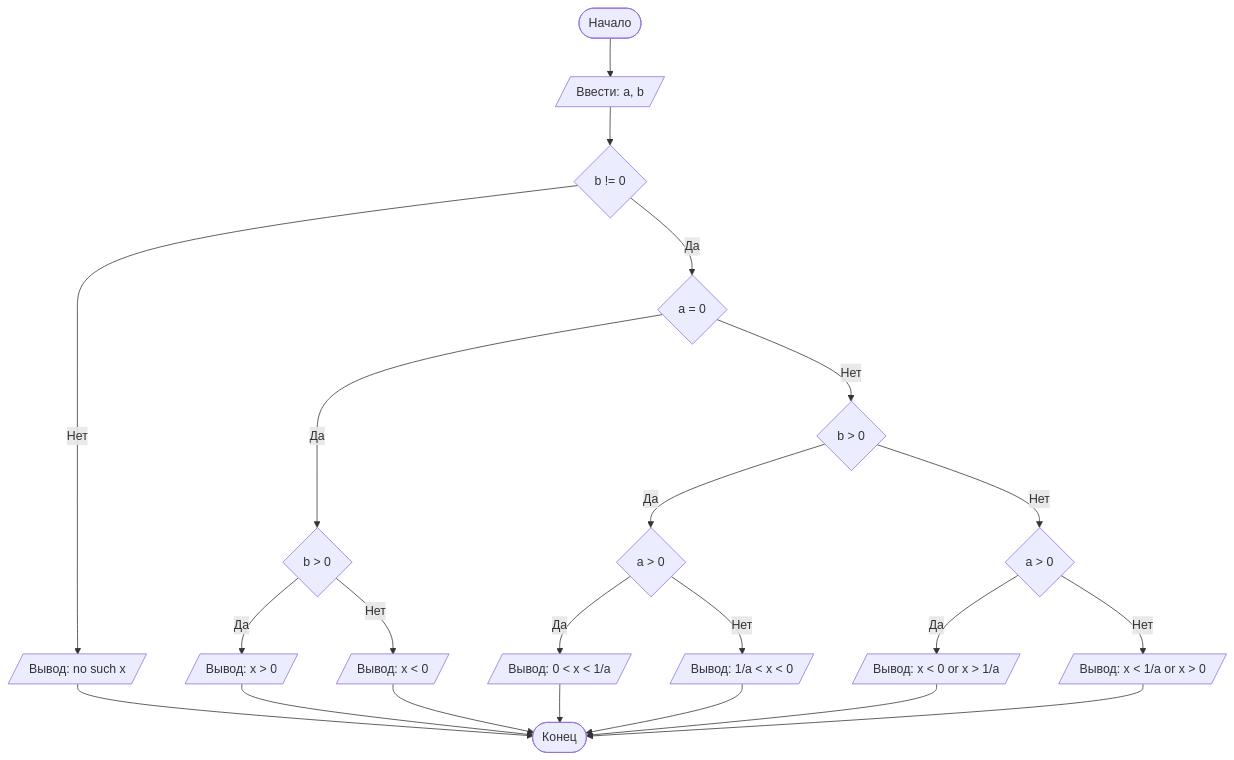
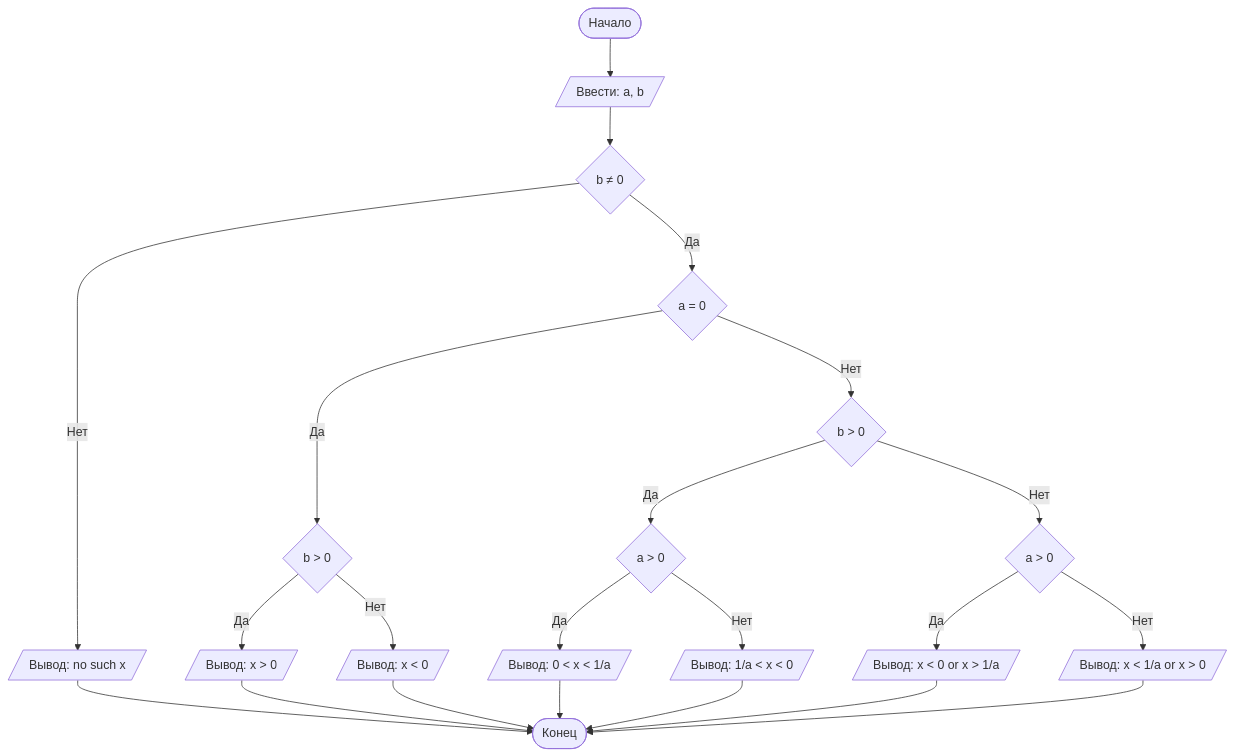
Before and after one commit to Noir-kun/Laboratory1: the diagram in README.md, drawn with Mermaid. The commit also changed other lines of this file, not shown here.

````diff
--- a/README.md
+++ b/README.md
@@ -80,25 +80,25 @@
 ```mermaid
 graph TD
     A([Начало]) --> B[/Ввести: a, b/]
-    B --> C{b != 0}
+    B --> C{b ≠ 0}
     C -- Нет --> E[/Вывод: no such x/]
     C -- Да --> I{a = 0}
     I -- Нет --> J{b > 0}
     I -- Да --> K{b > 0}
     J -- Да --> N{a > 0}
     J -- Нет --> T{a > 0}
     K -- Да --> L[/Вывод: x > 0/]
     K -- Нет --> M[/Вывод: x < 0/]
     N -- Да --> D[/Вывод: 0 < x < 1/a/]
     N -- Нет --> V[/Вывод: 1/a < x < 0/]
     T -- Да --> P[/Вывод: x < 0 or x > 1/a/]
     T -- Нет --> S[/Вывод: x < 1/a or x > 0/]
     E --> Z
     L --> Z
     M --> Z
     D --> Z
     V --> Z
     P --> Z
     S --> Z([Конец])
 
 ```
````
